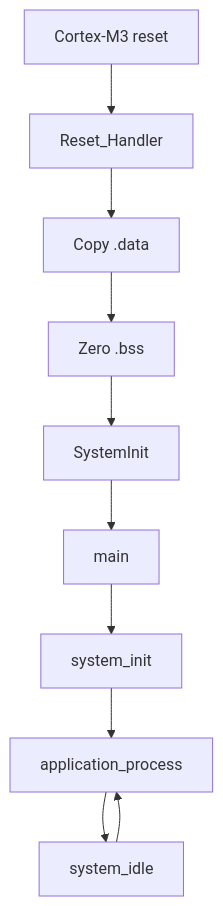
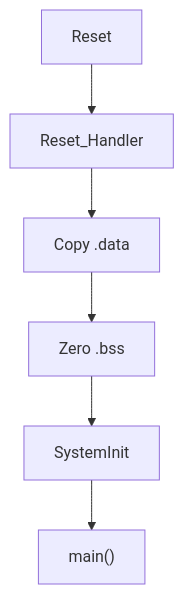
The diagram in README.md (haikevins/stm32f1-spl-procedural-baremetal), drawn with Mermaid before and after one commit. The commit also changed other lines of this file and 4 other files, not shown here.

````diff
--- a/README.md
+++ b/README.md
@@ -75,12 +75,8 @@
 ```mermaid
-flowchart TD
-    RESET["Cortex-M3 reset"] --> STARTUP["Reset_Handler"]
+flowchart TB
+    RESET["Reset"] --> STARTUP["Reset_Handler"]
     STARTUP --> DATA["Copy .data"]
     DATA --> BSS["Zero .bss"]
     BSS --> CLOCK["SystemInit"]
-    CLOCK --> MAIN["main"]
-    MAIN --> COMPOSE["system_init"]
-    COMPOSE --> APP["application_process"]
-    APP --> IDLE["system_idle"]
-    IDLE --> APP
+    CLOCK --> MAIN["main()"]
 ```
````
